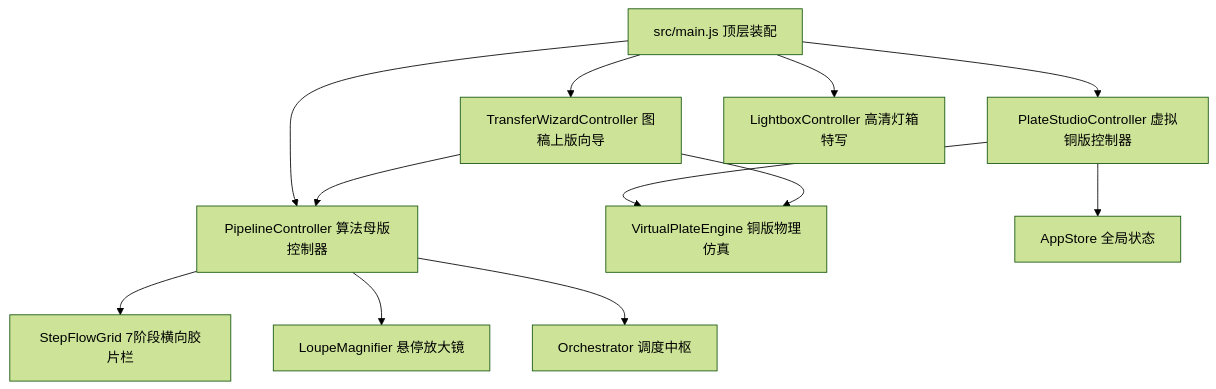
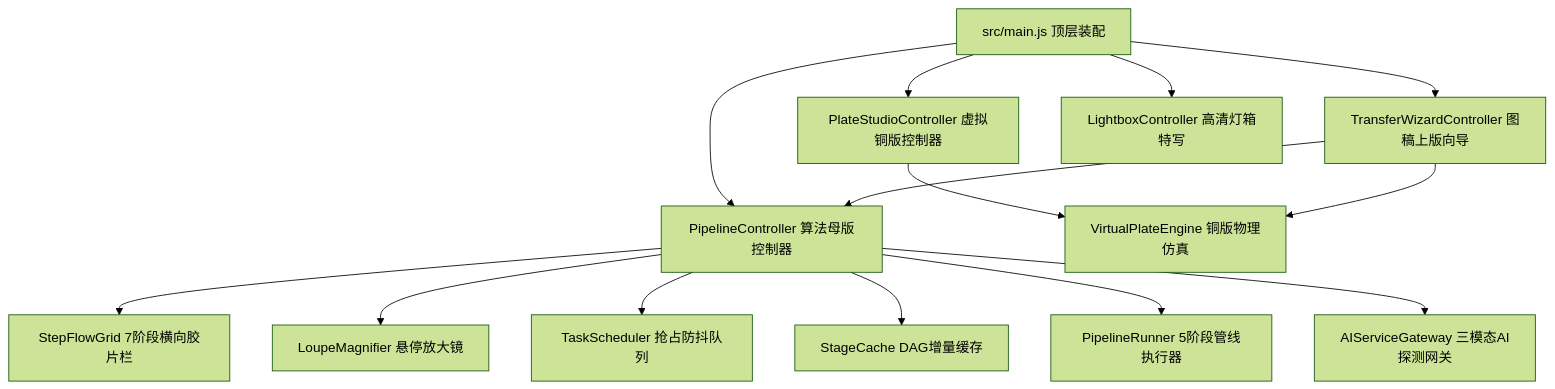
Before and after one commit to gongzhimin/Etchloom: the first of 2 diagrams in src/ui/controllers/docs/ARCHITECTURE.md, drawn with Mermaid (forest theme). The commit also changed other lines of this file and 16 other files, not shown here.

````diff
--- a/src/ui/controllers/docs/ARCHITECTURE.md
+++ b/src/ui/controllers/docs/ARCHITECTURE.md
@@ -10,17 +10,19 @@
 ```mermaid
 graph TD
     Main[src/main.js 顶层装配] --> PC[PipelineController 算法母版控制器]
     Main --> PSC[PlateStudioController 虚拟铜版控制器]
     Main --> TWC[TransferWizardController 图稿上版向导]
     Main --> LBC[LightboxController 高清灯箱特写]
 
     PC --> Grid[StepFlowGrid 7阶段横向胶片栏]
     PC --> Loupe[LoupeMagnifier 悬停放大镜]
-    PC --> Orch[Orchestrator 调度中枢]
+    PC --> Sched[TaskScheduler 抢占防抖队列]
+    PC --> Cache[StageCache DAG增量缓存]
+    PC --> Runner[PipelineRunner 5阶段管线执行器]
+    PC --> Gateway[AIServiceGateway 三模态AI探测网关]
 
     PSC --> Engine[VirtualPlateEngine 铜版物理仿真]
-    PSC --> Store[AppStore 全局状态]
 
     TWC --> Engine
     TWC --> PC
 ```
````
